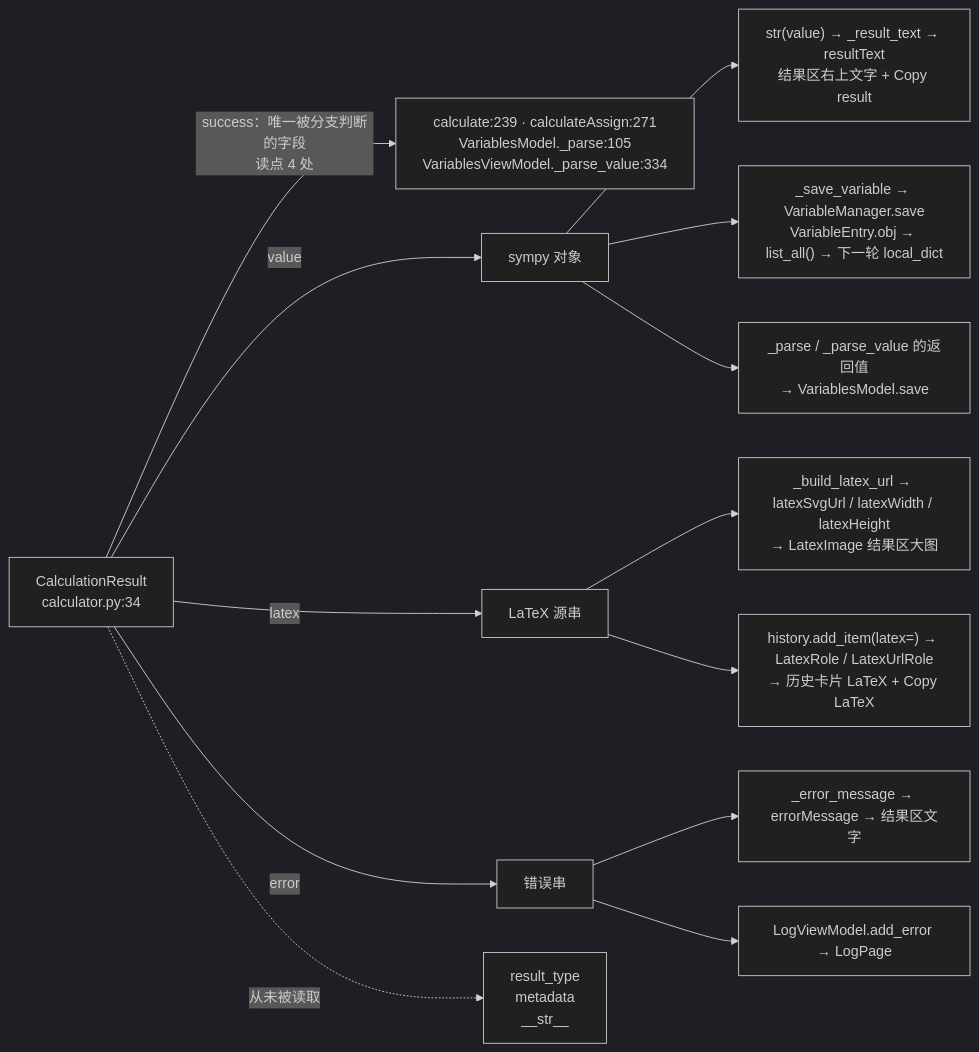
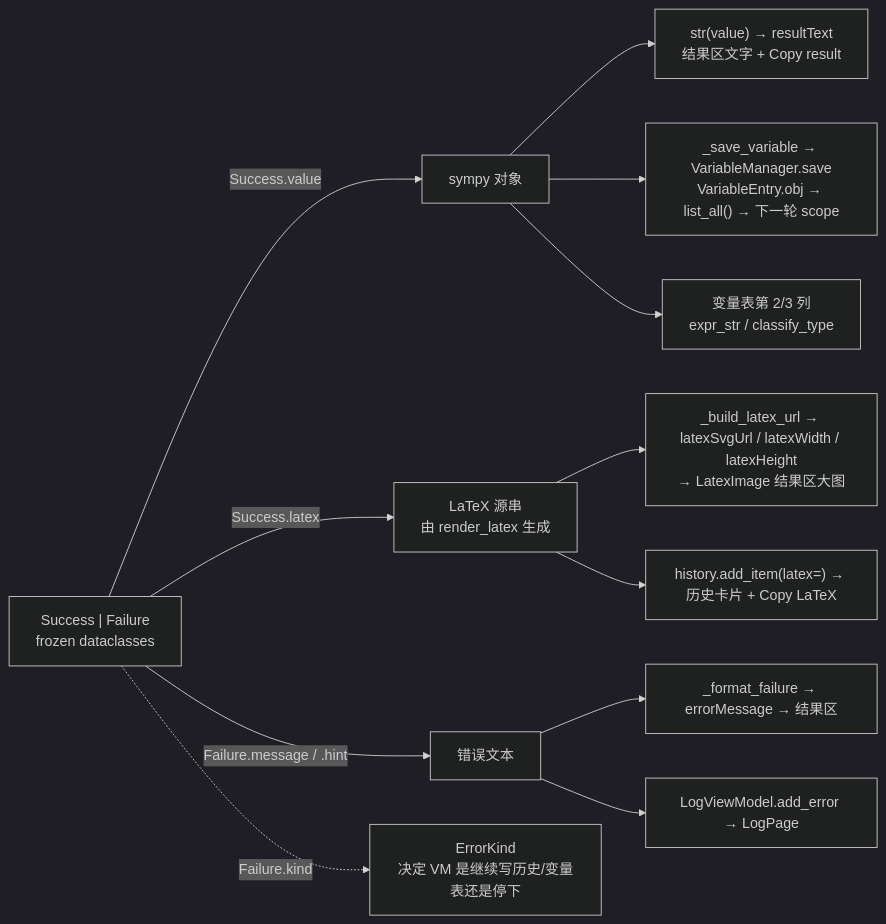
Before and after one commit to I-AM-A-NOOB/Symplify: the second of 2 diagrams in docs/architecture.md, drawn with Mermaid (dark theme). The commit also changed other lines of this file and 2 other files, not shown here.

First line of the commit message:
docs: catch up with the core, settings, search and error-card work

````diff
--- a/docs/architecture.md
+++ b/docs/architecture.md
@@ -104,21 +113,19 @@
 ```mermaid
 flowchart LR
-    CR["CalculationResult<br/>calculator.py:34"]
+    R["Success | Failure<br/>frozen dataclasses"]
 
-    CR -->|"success：唯一被分支判断的字段<br/>读点 4 处"| S["calculate:239 · calculateAssign:271<br/>VariablesModel._parse:105<br/>VariablesViewModel._parse_value:334"]
+    R -->|"Success.value"| V["sympy 对象"]
+    V --> V1["str(value) → resultText<br/>结果区文字 + Copy result"]
+    V --> V2["_save_variable → VariableManager.save<br/>VariableEntry.obj → list_all() → 下一轮 scope"]
+    V --> V3["变量表第 2/3 列<br/>expr_str / classify_type"]
 
-    CR -->|value| V["sympy 对象"]
-    V --> V1["str(value) → _result_text → resultText<br/>结果区右上文字 + Copy result"]
-    V --> V2["_save_variable → VariableManager.save<br/>VariableEntry.obj → list_all() → 下一轮 local_dict"]
-    V --> V3["_parse / _parse_value 的返回值<br/>→ VariablesModel.save"]
+    R -->|"Success.latex"| L["LaTeX 源串<br/>由 render_latex 生成"]
+    L --> L1["_build_latex_url → latexSvgUrl / latexWidth / latexHeight<br/>→ LatexImage 结果区大图"]
+    L --> L2["history.add_item(latex=) → 历史卡片 + Copy LaTeX"]
 
-    CR -->|latex| L["LaTeX 源串"]
-    L --> L1["_build_latex_url → latexSvgUrl / latexWidth / latexHeight<br/>→ LatexImage 结果区大图"]
-    L --> L2["history.add_item(latex=) → LatexRole / LatexUrlRole<br/>→ 历史卡片 LaTeX + Copy LaTeX"]
-
-    CR -->|error| E["错误串"]
-    E --> E1["_error_message → errorMessage → 结果区文字"]
+    R -->|"Failure.message / .hint"| E["错误文本"]
+    E --> E1["_format_failure → errorMessage → 结果区"]
     E --> E2["LogViewModel.add_error → LogPage"]
 
-    CR -.->|"从未被读取"| X["result_type<br/>metadata<br/>__str__"]
+    R -.->|"Failure.kind"| K["ErrorKind<br/>决定 VM 是继续写历史/变量表还是停下"]
 ```
````
